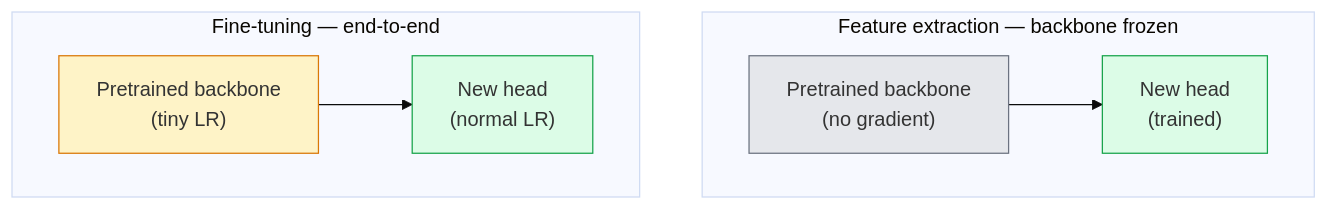
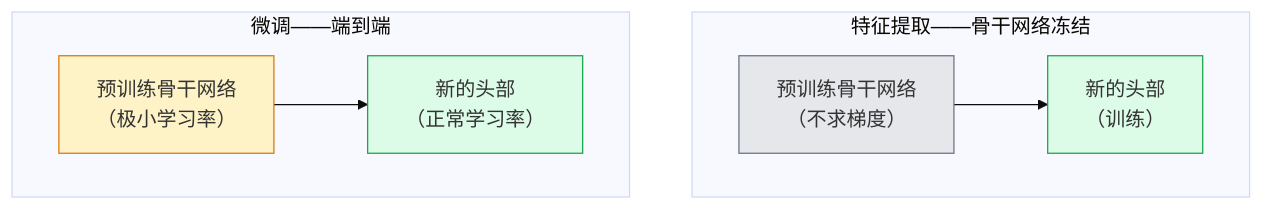
Before and after one commit to JerryC8080/ai-engineering-from-scratch-zh: the diagram in phases/04-computer-vision/05-transfer-learning/docs/zh.md, drawn with Mermaid (base theme). The commit also changed 156 other files, not shown here.

First line of the commit message:
i18n(zh): translate mermaid diagram labels in 157 lesson zh.md

````diff
--- a/phases/04-computer-vision/05-transfer-learning/docs/zh.md
+++ b/phases/04-computer-vision/05-transfer-learning/docs/zh.md
@@ -33,14 +33,14 @@
 ```mermaid
 flowchart TB
-    subgraph FE["Feature extraction — backbone frozen"]
-        FE1["Pretrained backbone<br/>(no gradient)"] --> FE2["New head<br/>(trained)"]
+    subgraph FE["特征提取——骨干网络冻结"]
+        FE1["预训练骨干网络<br/>（不求梯度）"] --> FE2["新的头部<br/>（训练）"]
     end
-    subgraph FT["Fine-tuning — end-to-end"]
-        FT1["Pretrained backbone<br/>(tiny LR)"] --> FT2["New head<br/>(normal LR)"]
+    subgraph FT["微调——端到端"]
+        FT1["预训练骨干网络<br/>（极小学习率）"] --> FT2["新的头部<br/>（正常学习率）"]
     end
 
     style FE1 fill:#e5e7eb,stroke:#6b7280
     style FE2 fill:#dcfce7,stroke:#16a34a
     style FT1 fill:#fef3c7,stroke:#d97706
     style FT2 fill:#dcfce7,stroke:#16a34a
 ```
````
